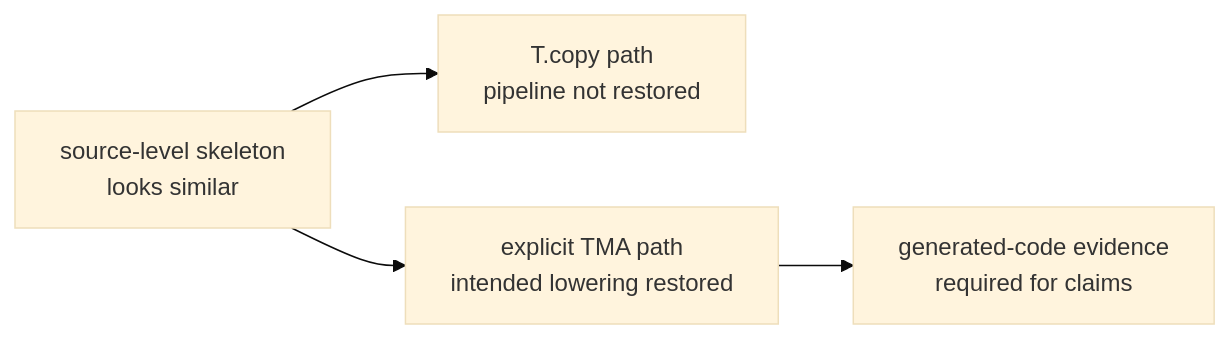
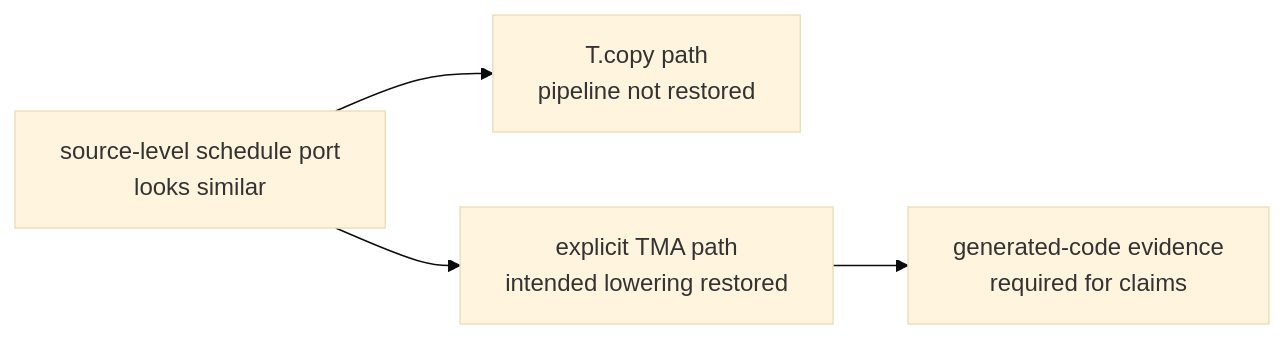
Before and after one commit to superAngGao/tileops-gdn-prefill-case-study: the first of 2 diagrams in supplement/gdn-prefill-ako-si.md, drawn with Mermaid (base theme). The commit also changed other lines of this file and 1 other file, not shown here.

````diff
--- a/supplement/gdn-prefill-ako-si.md
+++ b/supplement/gdn-prefill-ako-si.md
@@ -51,10 +51,10 @@
 ```mermaid
 flowchart LR
-    Source["source-level skeleton<br/>looks similar"]
+    Source["source-level schedule port<br/>looks similar"]
     Copy["T.copy path<br/>pipeline not restored"]
     TMA["explicit TMA path<br/>intended lowering restored"]
     Evidence["generated-code evidence<br/>required for claims"]
 
     Source --> Copy
     Source --> TMA --> Evidence
 ```
````
